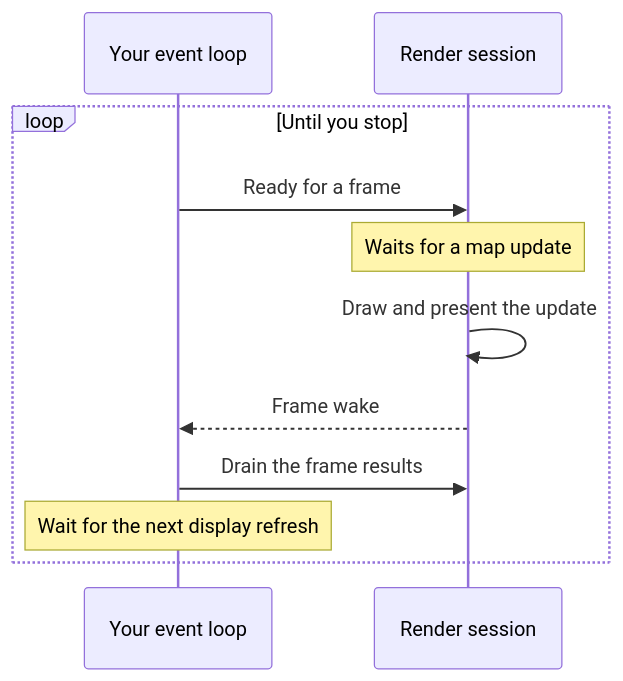
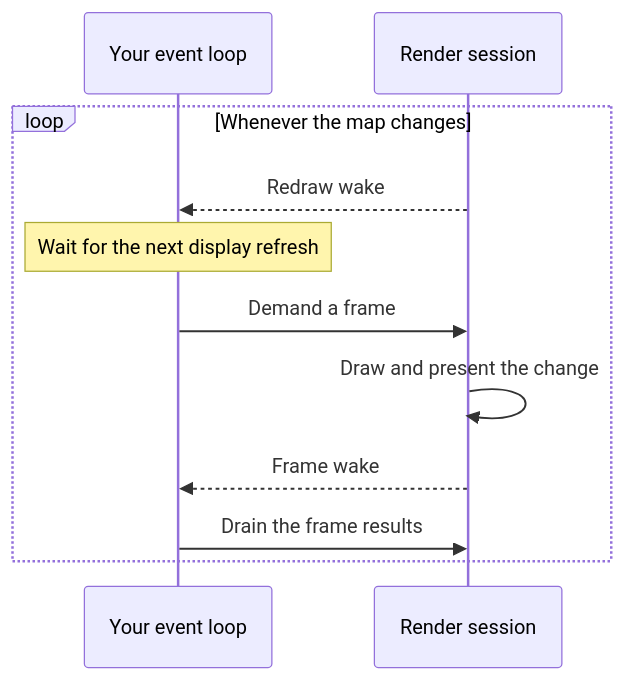
The diagram in docs/src/content/docs/guides/window.mdx (maplibre/maplibre-native-ffi), drawn with Mermaid before and after one commit. The commit also changed other lines of this file and 33 other files, not shown here.

First line of the commit message:
feat(render): tell the host when a session has something to draw

````diff
--- a/docs/src/content/docs/guides/window.mdx
+++ b/docs/src/content/docs/guides/window.mdx
@@ -72,14 +73,14 @@
 ```mermaid
 sequenceDiagram
   accTitle: The frame loop
   participant App as Your event loop
   participant Session as Render session
-  loop Until you stop
-    App->>Session: Ready for a frame
-    Note over Session: Waits for a map update
-    Session->>Session: Draw and present the update
+  loop Whenever the map changes
+    Session-->>App: Redraw wake
+    Note over App: Wait for the next display refresh
+    App->>Session: Demand a frame
+    Session->>Session: Draw and present the change
     Session-->>App: Frame wake
     App->>Session: Drain the frame results
-    Note over App: Wait for the next display refresh
   end
 ```
````
